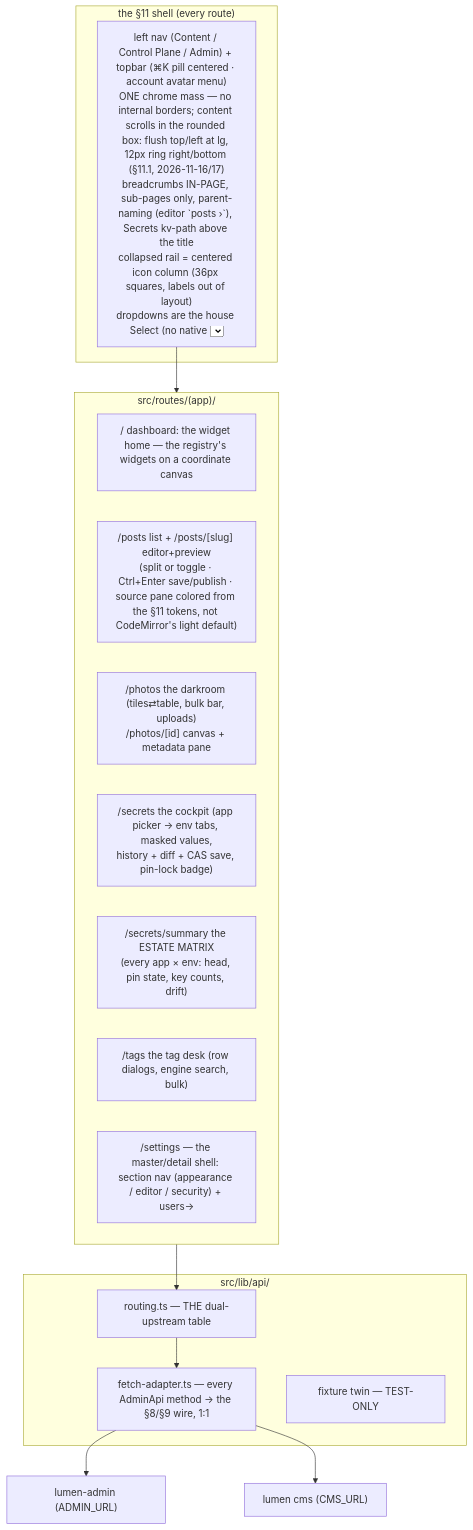
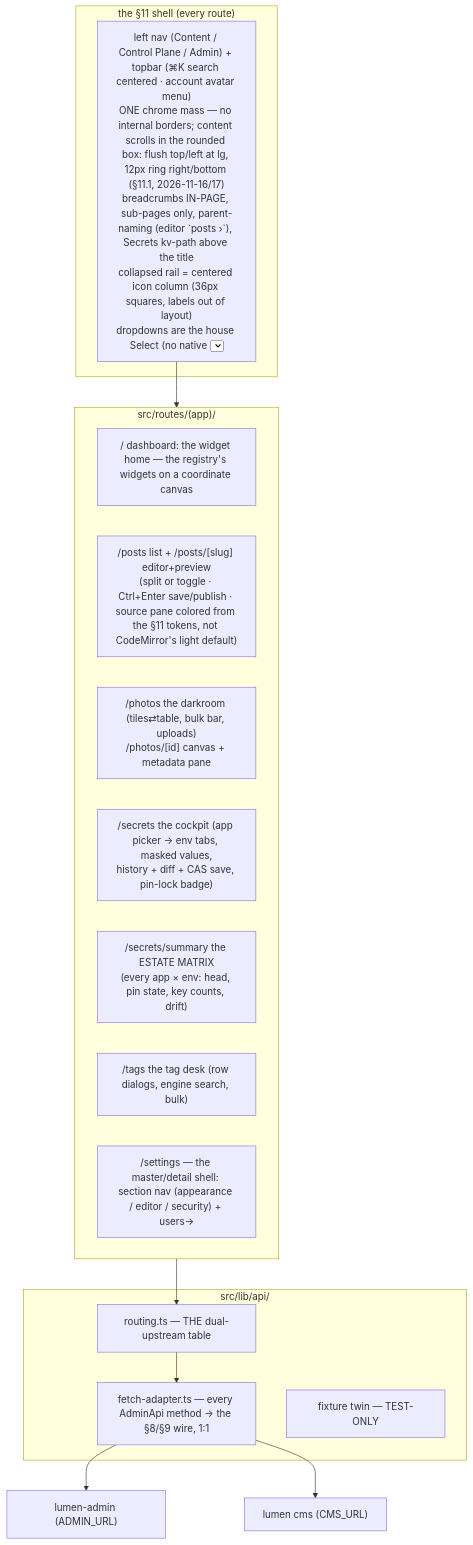
One commit to kanatabi/omicron changed the first of 2 diagrams in context-knowledge/repos/mellon/README.md. Above: the diagram before and after it, drawn with Mermaid. The commit also changed other lines of this file and 1 other file, not shown here.

Commit message:
docs(vault): the Linear shape round + the one destination table in mellon's notes and lessons

````diff
--- a/context-knowledge/repos/mellon/README.md
+++ b/context-knowledge/repos/mellon/README.md
@@ -148,25 +148,25 @@
 ```mermaid
 flowchart TB
     subgraph shell["the §11 shell (every route)"]
-        NAV["left nav (Content / Control Plane / Admin) + topbar (⌘K pill centered · account avatar menu)<br/>ONE chrome mass — no internal borders; content scrolls in the rounded box: flush top/left at lg, 12px ring right/bottom (§11.1, 2026-11-16/17)<br/>breadcrumbs IN-PAGE, sub-pages only, parent-naming (editor `posts ›`), Secrets kv-path above the title<br/>collapsed rail = centered icon column (36px squares, labels out of layout)<br/>dropdowns are the house Select (no native <select>); content-mode palette rows wear cast-hued type pills"]
+        NAV["left nav (Content / Control Plane / Admin) + topbar (⌘K search centered · account avatar menu)<br/>ONE chrome mass — no internal borders; content scrolls in the rounded box: flush top/left at lg, 12px ring right/bottom (§11.1, 2026-11-16/17)<br/>breadcrumbs IN-PAGE, sub-pages only, parent-naming (editor `posts ›`), Secrets kv-path above the title<br/>collapsed rail = centered icon column (36px squares, labels out of layout)<br/>dropdowns are the house Select (no native <select>); content-mode palette rows wear cast-hued type tags"]
     end
     subgraph app["src/routes/(app)/"]
         DASH["/ dashboard: the widget home — the registry's widgets on a coordinate canvas"]
         POSTS["/posts list + /posts/[slug] editor+preview<br/>(split or toggle · Ctrl+Enter save/publish · source pane colored from the §11 tokens, not CodeMirror's light default)"]
         PHOTOS["/photos the darkroom (tiles⇄table, bulk bar, uploads)<br/>/photos/[id] canvas + metadata pane"]
         SEC["/secrets the cockpit (app picker → env tabs, masked values,<br/>history + diff + CAS save, pin-lock badge)"]
         SUM["/secrets/summary the ESTATE MATRIX<br/>(every app × env: head, pin state, key counts, drift)"]
         TAGS["/tags the tag desk (row dialogs, engine search, bulk)"]
         SET["/settings — the master/detail shell: section nav (appearance / editor / security) + users→"]
     end
     subgraph lib["src/lib/api/"]
         RT["routing.ts — THE dual-upstream table"]
         FA["fetch-adapter.ts — every AdminApi method → the §8/§9 wire, 1:1"]
         TWIN["fixture twin — TEST-ONLY"]
     end
     NAV --> app
     app --> RT
     RT --> FA
     FA --> A["lumen-admin (ADMIN_URL)"]
     FA --> C["lumen cms (CMS_URL)"]
 ```
````
